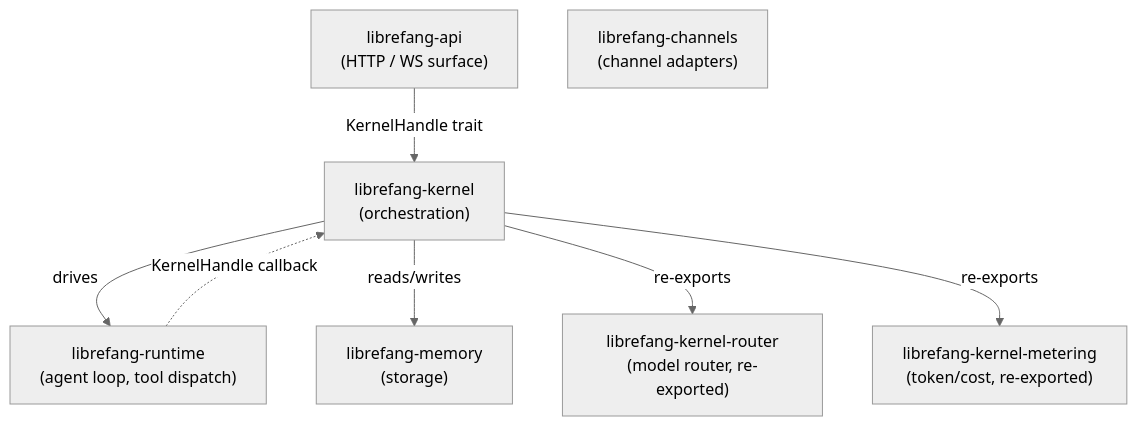
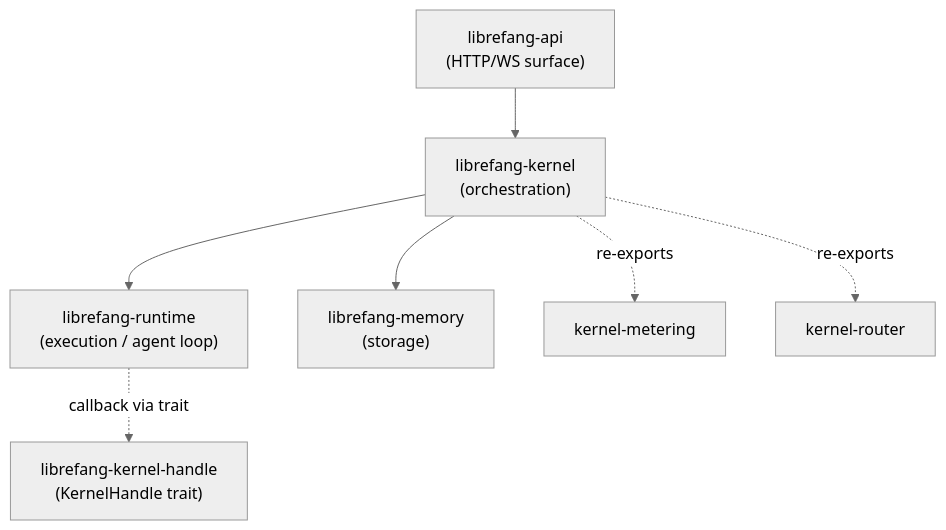
Before and after one commit to leszek3737/librefang-WIki: the diagram in other-librefang-kernel.md, drawn with Mermaid (neutral theme). The commit also changed other lines of this file and 126 other files, not shown here.

````diff
--- a/other-librefang-kernel.md
+++ b/other-librefang-kernel.md
@@ -9,17 +9,15 @@
 ```mermaid
 graph TD
-    API["librefang-api<br/>(HTTP / WS surface)"]
+    API["librefang-api<br/>(HTTP/WS surface)"]
     K["librefang-kernel<br/>(orchestration)"]
-    RT["librefang-runtime<br/>(agent loop, tool dispatch)"]
+    RT["librefang-runtime<br/>(execution / agent loop)"]
     MEM["librefang-memory<br/>(storage)"]
-    CH["librefang-channels<br/>(channel adapters)"]
-    KR["librefang-kernel-router<br/>(model router, re-exported)"]
-    KM["librefang-kernel-metering<br/>(token/cost, re-exported)"]
+    KH["librefang-kernel-handle<br/>(KernelHandle trait)"]
 
-    API -->|"KernelHandle trait"| K
-    K -->|drives| RT
-    K -->|reads/writes| MEM
-    K -->|re-exports| KR
-    K -->|re-exports| KM
-    RT -.->|"KernelHandle callback"| K
+    API --> K
+    K --> RT
+    K --> MEM
+    RT -.->|"callback via trait"| KH
+    K -.->|"re-exports"| KM["kernel-metering"]
+    K -.->|"re-exports"| KR["kernel-router"]
 ```
````
